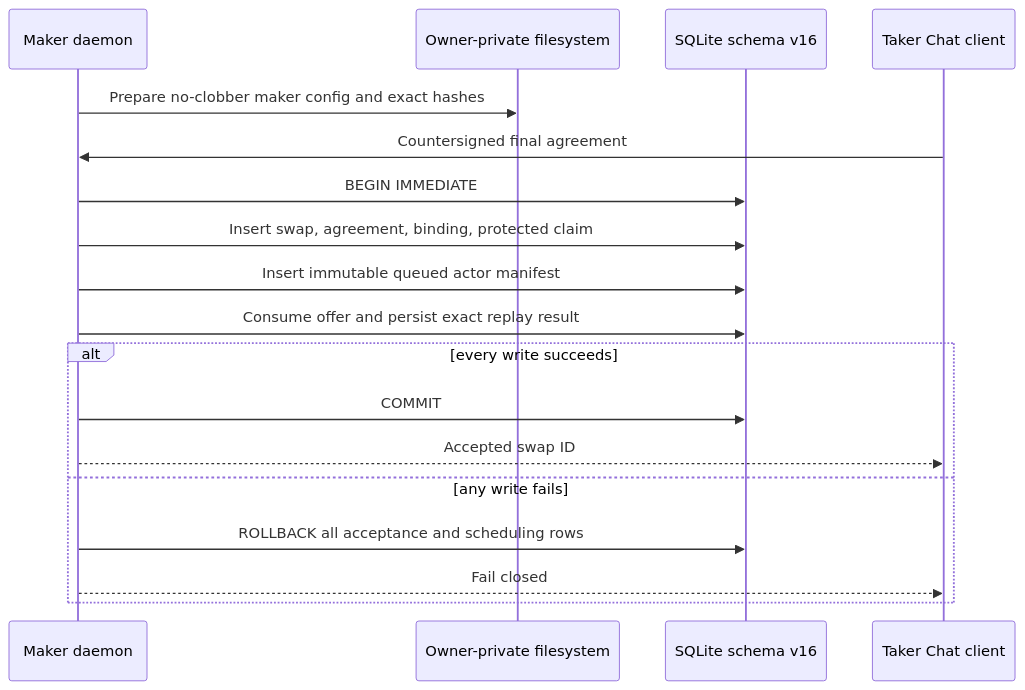
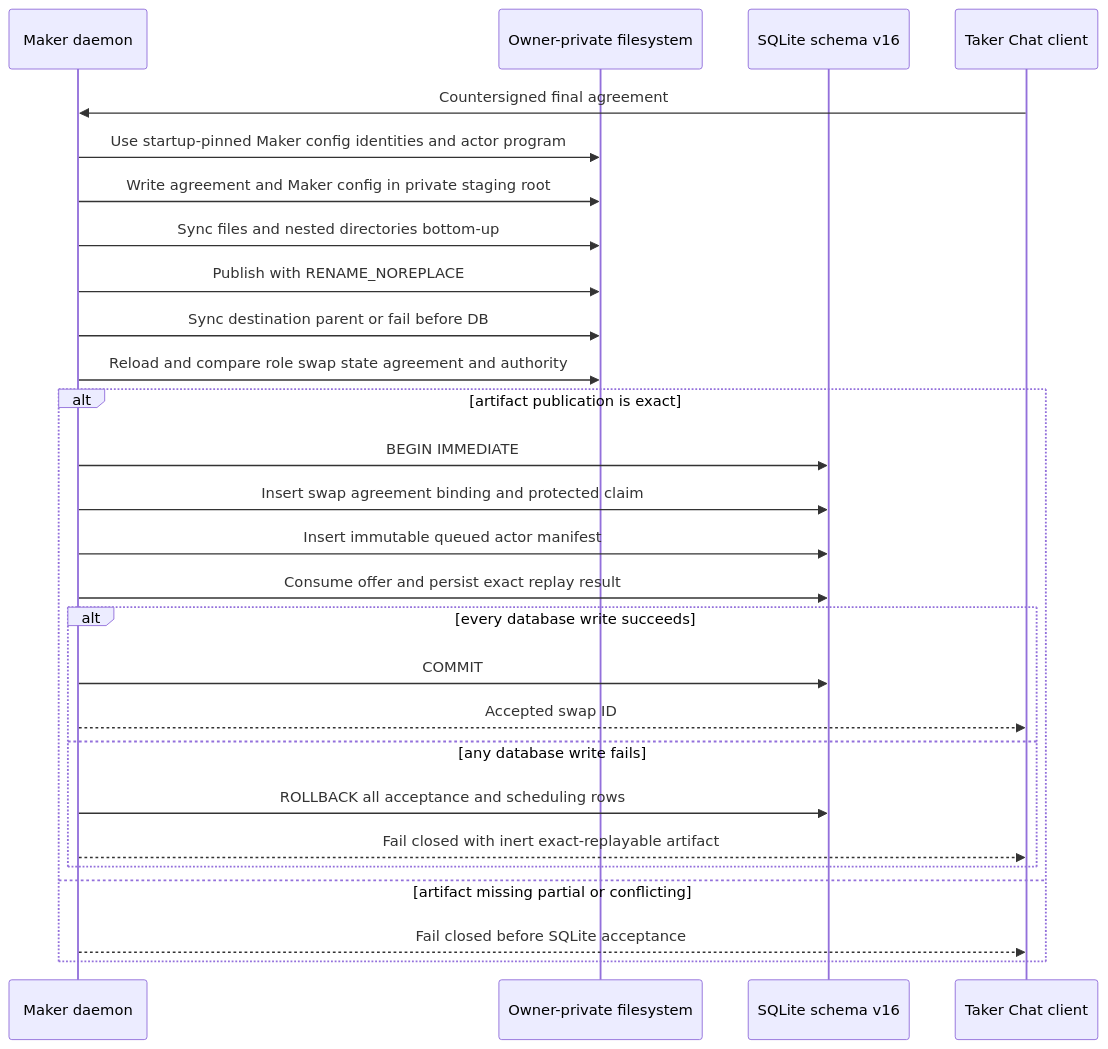
The first of 4 diagrams in docs/architecture/0100-fence-maker-actor-process-leases.md (gateway-fm/lez-atomic-swaps), drawn with Mermaid before and after one commit. The commit also changed other lines of this file and 19 other files, not shown here.

Commit message:
feat(m5): provision ZEC actor before acceptance

````diff
--- a/docs/architecture/0100-fence-maker-actor-process-leases.md
+++ b/docs/architecture/0100-fence-maker-actor-process-leases.md
@@ -46,20 +46,29 @@
 ```mermaid
 sequenceDiagram
     participant D as Maker daemon
     participant F as Owner-private filesystem
     participant Q as SQLite schema v16
     participant T as Taker Chat client
-    D->>F: Prepare no-clobber maker config and exact hashes
     T->>D: Countersigned final agreement
-    D->>Q: BEGIN IMMEDIATE
-    D->>Q: Insert swap, agreement, binding, protected claim
-    D->>Q: Insert immutable queued actor manifest
-    D->>Q: Consume offer and persist exact replay result
-    alt every write succeeds
-        D->>Q: COMMIT
-        D-->>T: Accepted swap ID
-    else any write fails
-        D->>Q: ROLLBACK all acceptance and scheduling rows
-        D-->>T: Fail closed
+    D->>F: Use startup-pinned Maker config identities and actor program
+    D->>F: Write agreement and Maker config in private staging root
+    D->>F: Sync files and nested directories bottom-up
+    D->>F: Publish with RENAME_NOREPLACE
+    D->>F: Sync destination parent or fail before DB
+    D->>F: Reload and compare role swap state agreement and authority
+    alt artifact publication is exact
+        D->>Q: BEGIN IMMEDIATE
+        D->>Q: Insert swap agreement binding and protected claim
+        D->>Q: Insert immutable queued actor manifest
+        D->>Q: Consume offer and persist exact replay result
+        alt every database write succeeds
+            D->>Q: COMMIT
+            D-->>T: Accepted swap ID
+        else any database write fails
+            D->>Q: ROLLBACK all acceptance and scheduling rows
+            D-->>T: Fail closed with inert exact-replayable artifact
+        end
+    else artifact missing partial or conflicting
+        D-->>T: Fail closed before SQLite acceptance
     end
 ```
````
